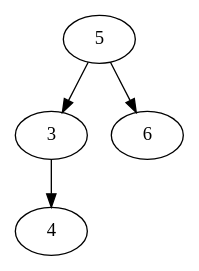
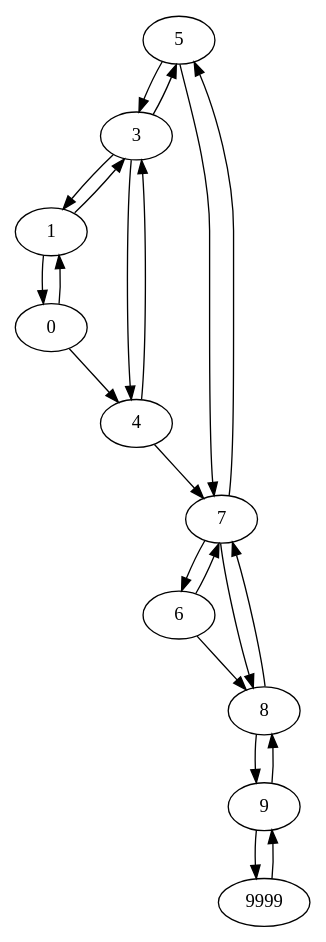
The diagram in lab4a/tree.dot (tarasovxx/MEPhi-lab-works), drawn with Graphviz before and after one commit. The commit also changed 19 other files, not shown here.

Commit message:
Add MST lab5 && Add graphviz in lab4a && edited lab4b

```diff
--- a/lab4a/tree.dot
+++ b/lab4a/tree.dot
@@ -1,5 +1,23 @@
-strict digraph tree {
+digraph tree {
 	5 -> 3;
-	5 -> 6;
+	5 -> 7;
+	3 -> 5;
+	3 -> 1;
 	3 -> 4;
+	7 -> 5;
+	7 -> 6;
+	7 -> 8;
+	1 -> 3;
+	1 -> 0;
+	4 -> 3;
+	4 -> 7;
+	0 -> 1;
+	0 -> 4;
+	6 -> 7;
+	6 -> 8;
+	8 -> 7;
+	8 -> 9;
+	9 -> 8;
+	9 -> 9999;
+	9999 -> 9;
 }
```
